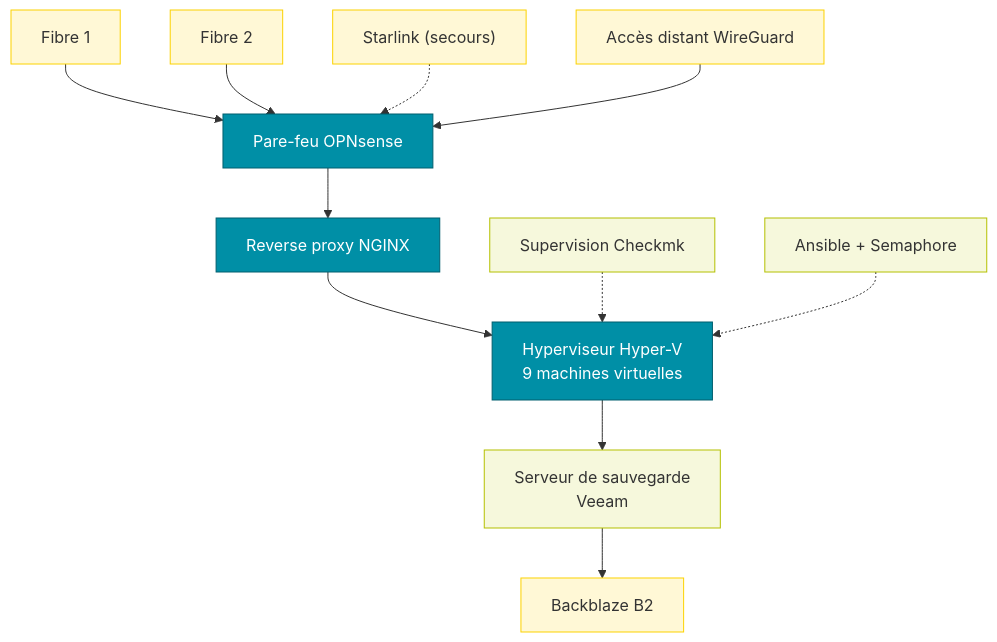
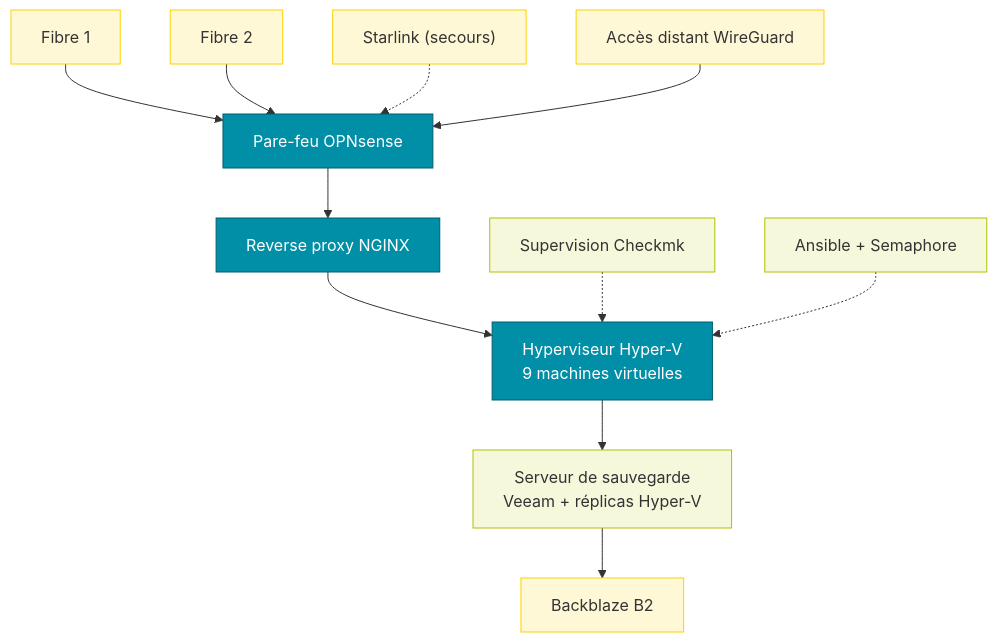
The first of 6 diagrams in infra/infrastructure.md (stylersnico/abyssproject-wiki), drawn with Mermaid before and after one commit. The commit also changed other lines of this file, not shown here.

````diff
--- a/infra/infrastructure.md
+++ b/infra/infrastructure.md
@@ -15,30 +15,30 @@
 ```mermaid
 graph TB
   F1["Fibre 1"]
   F2["Fibre 2"]
   SL["Starlink (secours)"]
   RA["Accès distant WireGuard"]
   FW["Pare-feu OPNsense"]
   RP["Reverse proxy NGINX"]
   HV["Hyperviseur Hyper-V<br>9 machines virtuelles"]
-  BK["Serveur de sauvegarde<br>Veeam"]
+  BK["Serveur de sauvegarde<br>Veeam + réplicas Hyper-V"]
   CK["Supervision Checkmk"]
   AN["Ansible + Semaphore"]
   CL["Backblaze B2"]
   F1 --> FW
   F2 --> FW
   SL -.-> FW
   RA --> FW
   FW --> RP
   RP --> HV
   HV --> BK
   BK --> CL
   CK -.-> HV
   AN -.-> HV
   classDef core fill:#008FA6,stroke:#005F6E,color:#ffffff;
   classDef ext fill:#FFF8D6,stroke:#FCD200,color:#333333;
   classDef svc fill:#F6F8DC,stroke:#B4C000,color:#333333;
   class FW,RP,HV core;
   class F1,F2,SL,RA,CL ext;
   class BK,CK,AN svc;
 ```
````
